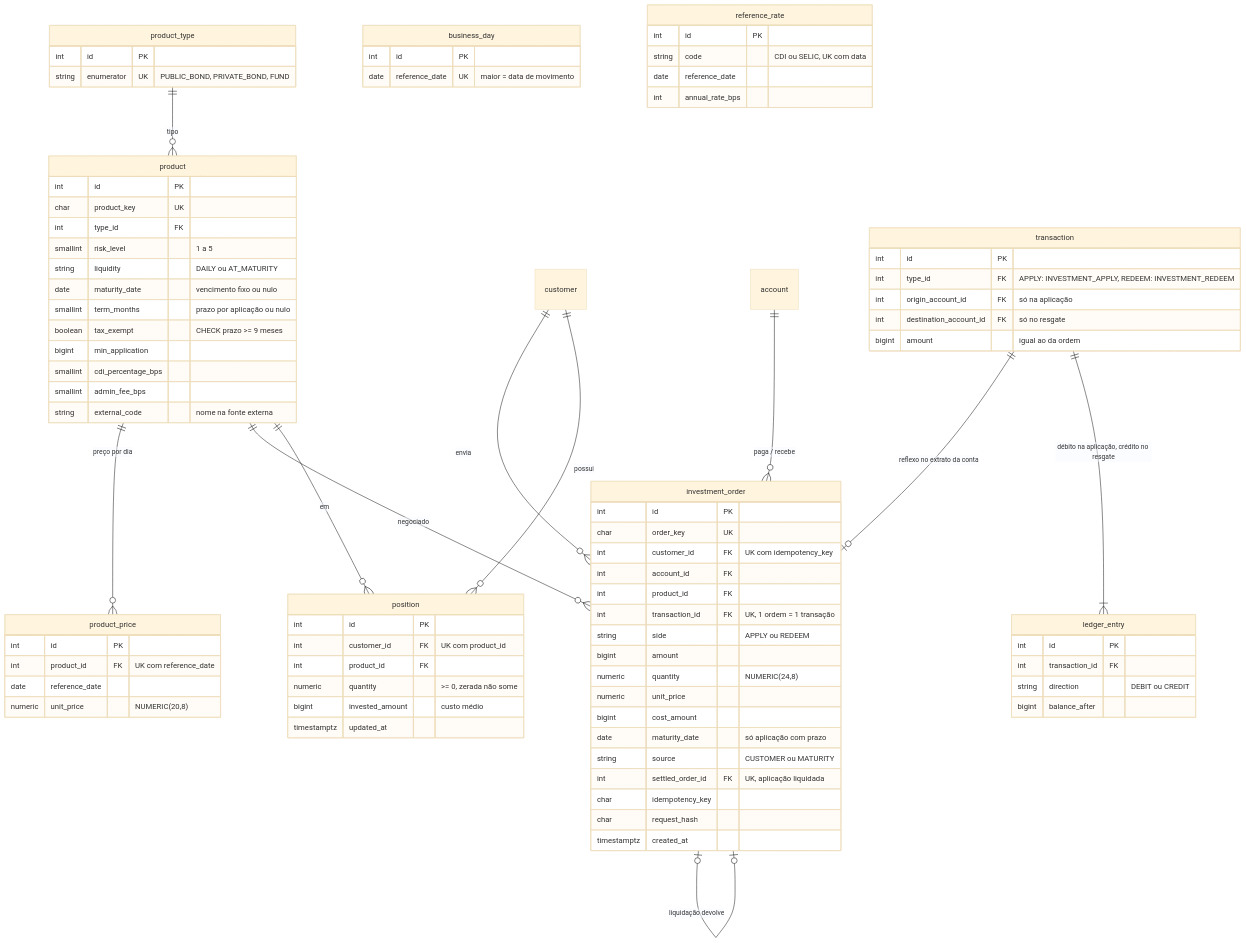
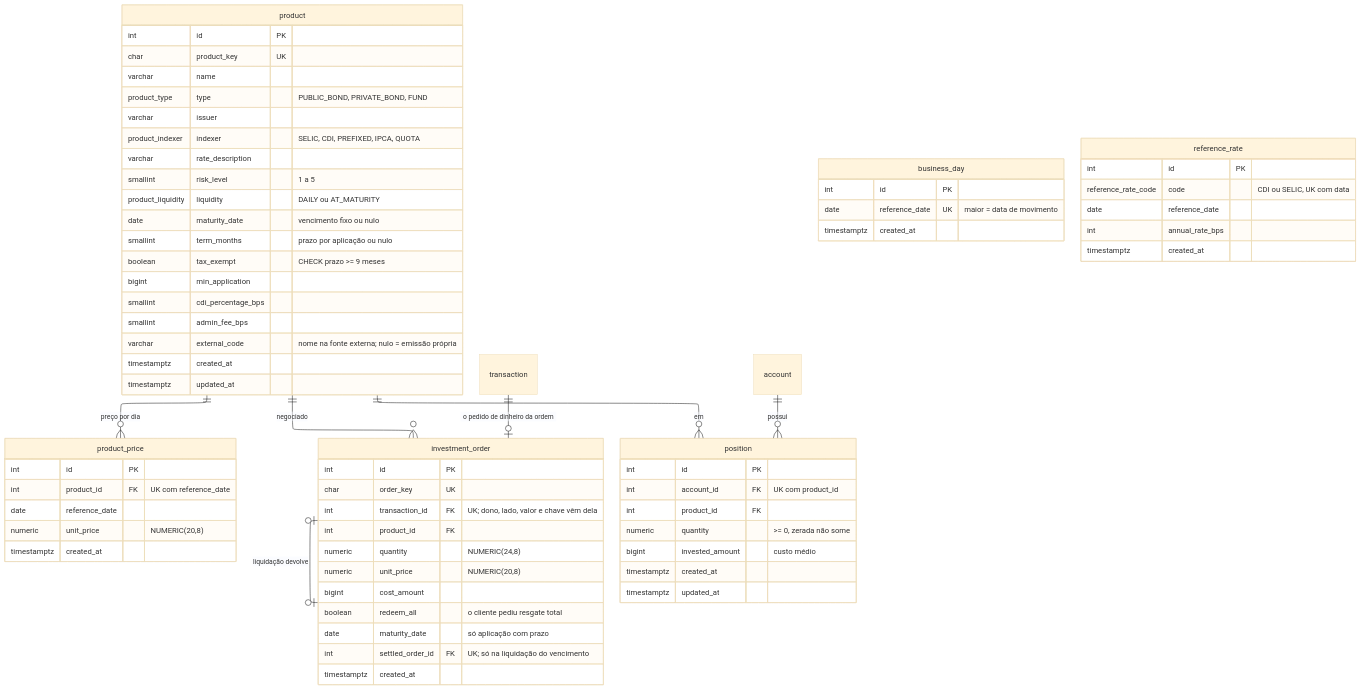
The diagram in docs/diagramas/er-produtos-e-ordens.mmd (heluylucas/bootcamp-qi-tech-presidas-), drawn with Mermaid (base theme) before and after one commit. The commit also changed 15 other files, not shown here.

Commit message:
:hammer: update: er-&-flow-diagrams

```diff
--- a/docs/diagramas/er-produtos-e-ordens.mmd
+++ b/docs/diagramas/er-produtos-e-ordens.mmd
@@ -1,86 +1,76 @@
+---
+config:
+  layout: elk
+  elk:
+    mergeEdges: false
+    nodePlacementStrategy: NETWORK_SIMPLEX
+---
 erDiagram
-    product_type ||--o{ product : "tipo"
     product ||--o{ product_price : "preço por dia"
-    customer ||--o{ investment_order : "envia"
-    account ||--o{ investment_order : "paga / recebe"
+    transaction ||--o| investment_order : "o pedido de dinheiro da ordem"
     product ||--o{ investment_order : "negociado"
-    transaction ||--o| investment_order : "reflexo no extrato da conta"
-    transaction ||--|{ ledger_entry : "débito na aplicação, crédito no resgate"
     investment_order |o--o| investment_order : "liquidação devolve"
-    customer ||--o{ position : "possui"
+    account ||--o{ position : "possui"
     product ||--o{ position : "em"
 
-    product_type {
-        int id PK
-        string enumerator UK "PUBLIC_BOND, PRIVATE_BOND, FUND"
-    }
     product {
         int id PK
         char product_key UK
-        int type_id FK
+        varchar name
+        product_type type "PUBLIC_BOND, PRIVATE_BOND, FUND"
+        varchar issuer
+        product_indexer indexer "SELIC, CDI, PREFIXED, IPCA, QUOTA"
+        varchar rate_description
         smallint risk_level "1 a 5"
-        string liquidity "DAILY ou AT_MATURITY"
+        product_liquidity liquidity "DAILY ou AT_MATURITY"
         date maturity_date "vencimento fixo ou nulo"
         smallint term_months "prazo por aplicação ou nulo"
         boolean tax_exempt "CHECK prazo >= 9 meses"
         bigint min_application
         smallint cdi_percentage_bps
         smallint admin_fee_bps
-        string external_code "nome na fonte externa"
+        varchar external_code "nome na fonte externa; nulo = emissão própria"
+        timestamptz created_at
+        timestamptz updated_at
     }
     product_price {
         int id PK
         int product_id FK "UK com reference_date"
         date reference_date
         numeric unit_price "NUMERIC(20,8)"
+        timestamptz created_at
     }
     business_day {
         int id PK
         date reference_date UK "maior = data de movimento"
+        timestamptz created_at
     }
     reference_rate {
         int id PK
-        string code "CDI ou SELIC, UK com data"
+        reference_rate_code code "CDI ou SELIC, UK com data"
         date reference_date
         int annual_rate_bps
+        timestamptz created_at
     }
     investment_order {
         int id PK
         char order_key UK
-        int customer_id FK "UK com idempotency_key"
-        int account_id FK
+        int transaction_id FK "UK; dono, lado, valor e chave vêm dela"
         int product_id FK
-        int transaction_id FK "UK, 1 ordem = 1 transação"
-        string side "APPLY ou REDEEM"
-        bigint amount
         numeric quantity "NUMERIC(24,8)"
-        numeric unit_price
+        numeric unit_price "NUMERIC(20,8)"
         bigint cost_amount
+        boolean redeem_all "o cliente pediu resgate total"
         date maturity_date "só aplicação com prazo"
-        string source "CUSTOMER ou MATURITY"
-        int settled_order_id FK "UK, aplicação liquidada"
-        char idempotency_key
-        char request_hash
+        int settled_order_id FK "UK; só na liquidação do vencimento"
         timestamptz created_at
-    }
-    transaction {
-        int id PK
-        int type_id FK "APPLY: INVESTMENT_APPLY, REDEEM: INVESTMENT_REDEEM"
-        int origin_account_id FK "só na aplicação"
-        int destination_account_id FK "só no resgate"
-        bigint amount "igual ao da ordem"
-    }
-    ledger_entry {
-        int id PK
-        int transaction_id FK
-        string direction "DEBIT ou CREDIT"
-        bigint balance_after
     }
     position {
         int id PK
-        int customer_id FK "UK com product_id"
+        int account_id FK "UK com product_id"
         int product_id FK
         numeric quantity ">= 0, zerada não some"
         bigint invested_amount "custo médio"
+        timestamptz created_at
         timestamptz updated_at
     }
```
